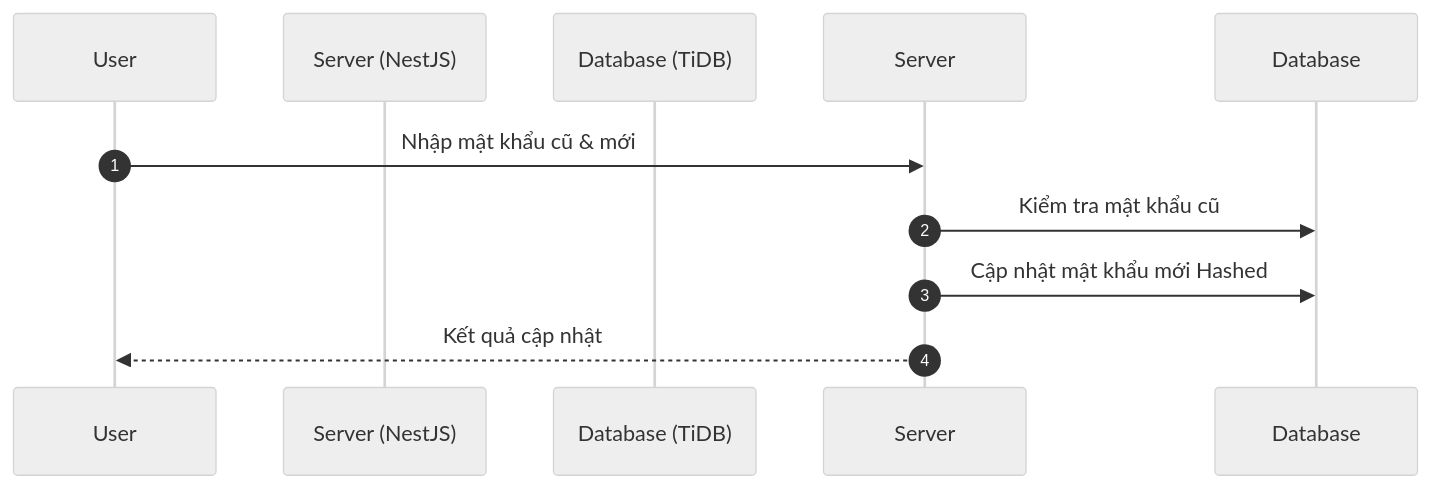
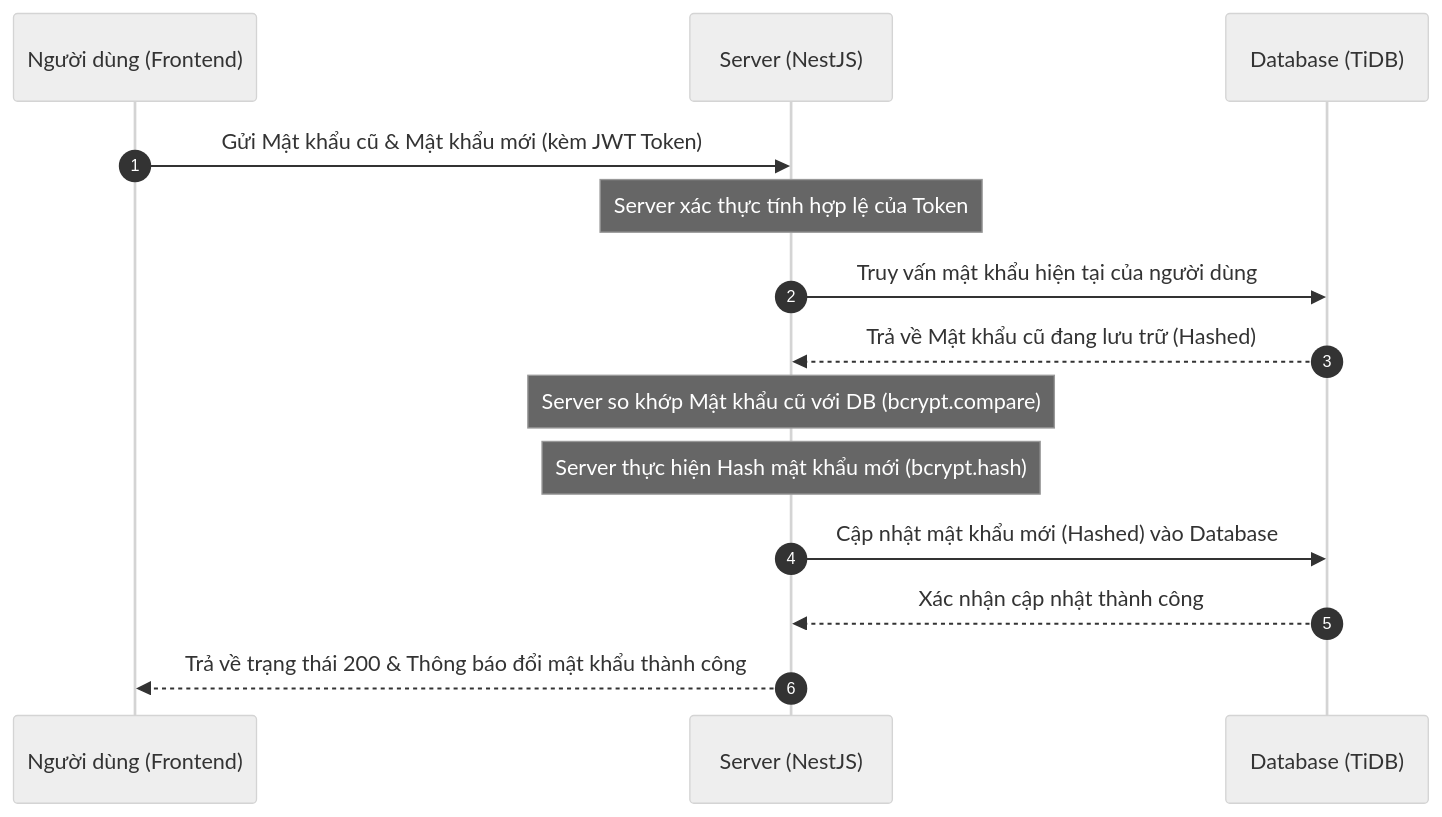
Before and after one commit to Loisori/SCI-ITF-Canhan42_TrinhSuTruongThi: the fifth of 25 diagrams in doc.md, drawn with Mermaid (neutral theme). The commit also changed other lines of this file and 1 other file, not shown here.

````diff
--- a/doc.md
+++ b/doc.md
@@ -1146,12 +1190,22 @@
 ```mermaid
 sequenceDiagram
     autonumber
-    participant U as User
+    participant U as Người dùng (Frontend)
     participant S as Server (NestJS)
     participant D as Database (TiDB)
 
-    U->>Server: Nhập mật khẩu cũ & mới
-    Server->>Database: Kiểm tra mật khẩu cũ
-    Server->>Database: Cập nhật mật khẩu mới Hashed
-    Server-->>U: Kết quả cập nhật
+    U->>S: Gửi Mật khẩu cũ & Mật khẩu mới (kèm JWT Token)
+    
+    Note over S: Server xác thực tính hợp lệ của Token
+    
+    S->>D: Truy vấn mật khẩu hiện tại của người dùng
+    D-->>S: Trả về Mật khẩu cũ đang lưu trữ (Hashed)
+    
+    Note over S: Server so khớp Mật khẩu cũ với DB (bcrypt.compare)
+    Note over S: Server thực hiện Hash mật khẩu mới (bcrypt.hash)
+    
+    S->>D: Cập nhật mật khẩu mới (Hashed) vào Database
+    D-->>S: Xác nhận cập nhật thành công
+    
+    S-->>U: Trả về trạng thái 200 & Thông báo đổi mật khẩu thành công
 ```
````
